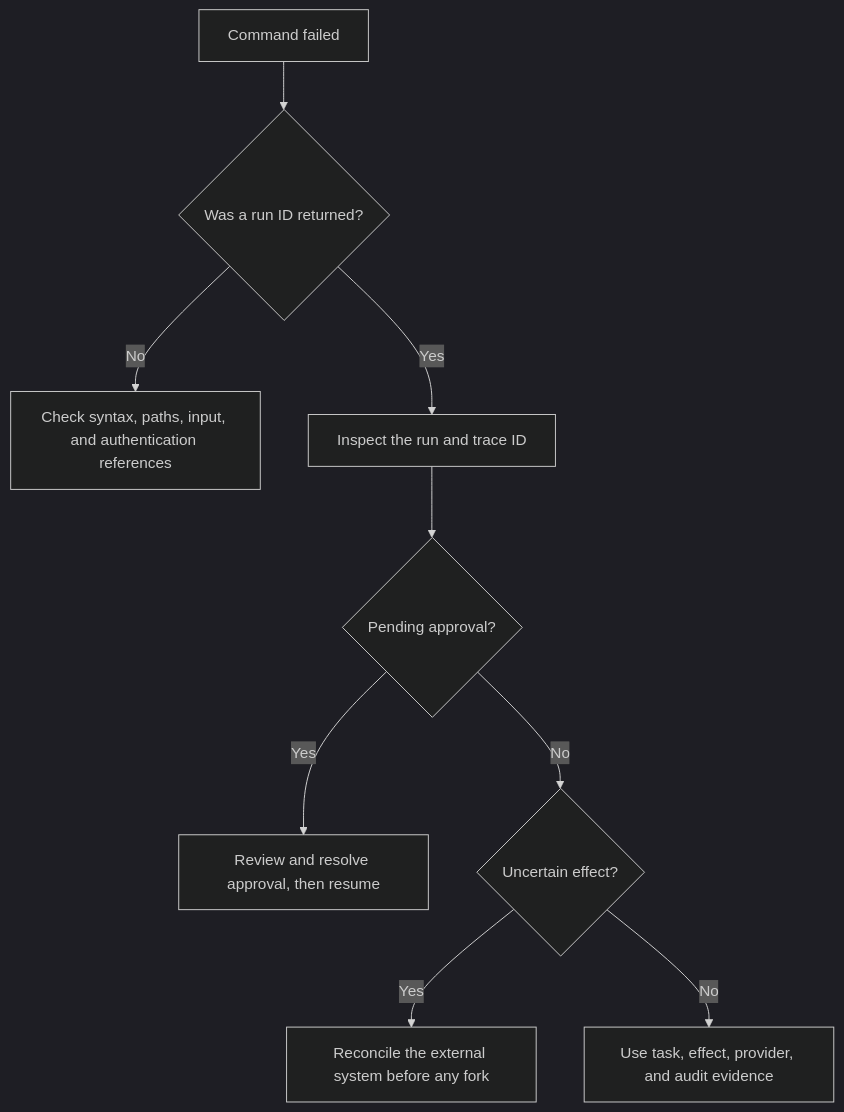
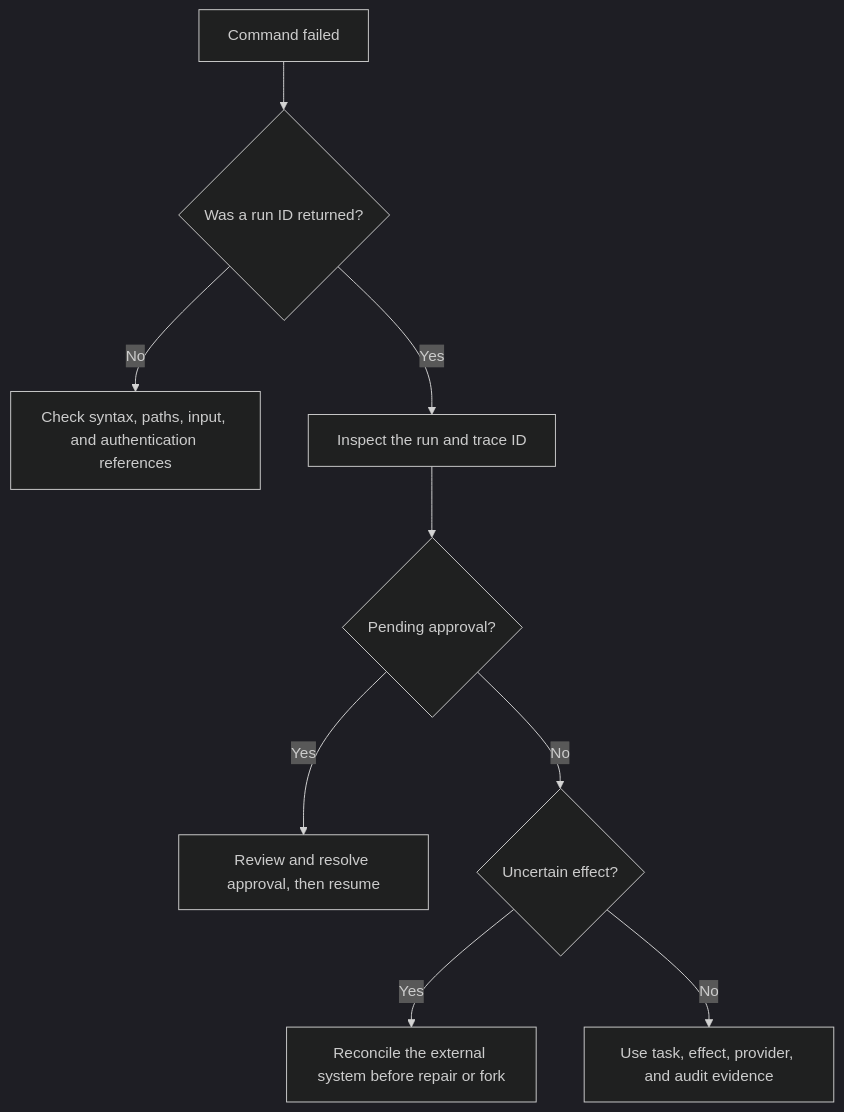
One commit to opensourceops/agentctl changed the diagram in docs/guides/TROUBLESHOOTING.md. Above: the diagram before and after it, drawn with Mermaid (dark theme). The commit also changed other lines of this file and 26 other files, not shown here.

````diff
--- a/docs/guides/TROUBLESHOOTING.md
+++ b/docs/guides/TROUBLESHOOTING.md
@@ -7,11 +7,11 @@
 ```mermaid
 flowchart TD
   A[Command failed] --> B{Was a run ID returned?}
   B -->|No| C[Check syntax, paths, input, and authentication references]
   B -->|Yes| D[Inspect the run and trace ID]
   D --> E{Pending approval?}
   E -->|Yes| F[Review and resolve approval, then resume]
   E -->|No| G{Uncertain effect?}
-  G -->|Yes| H[Reconcile the external system before any fork]
+  G -->|Yes| H[Reconcile the external system before repair or fork]
   G -->|No| I[Use task, effect, provider, and audit evidence]
 ```
````
